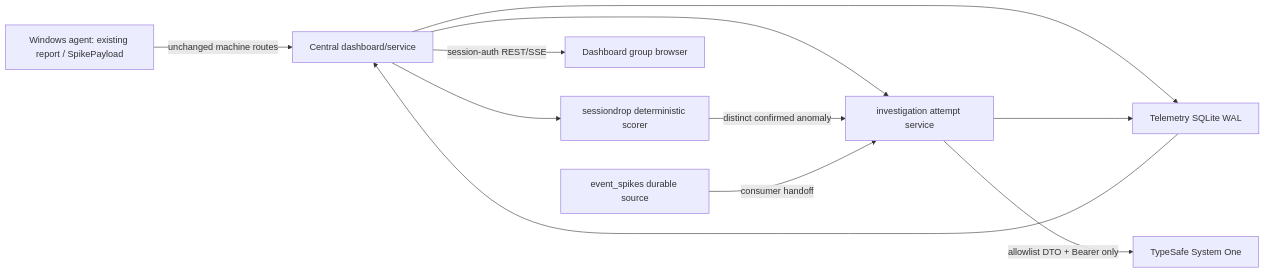
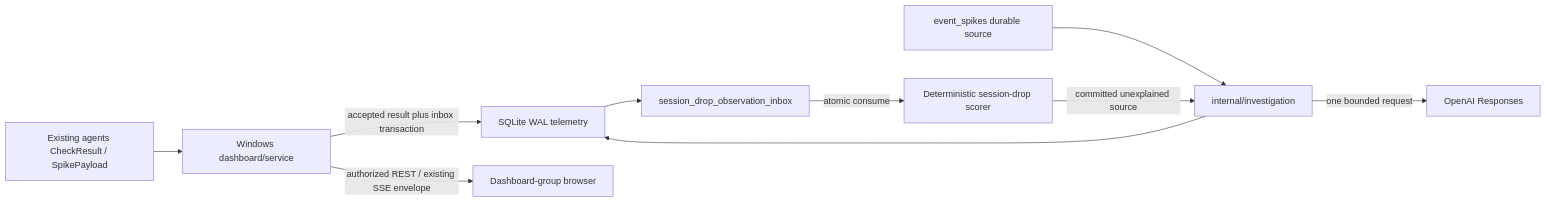
The diagram in specs/013-ai-anomaly-investigation/plan.md (LISSConsulting/LISSTech.DrainCtl), drawn with Mermaid before and after one commit. The commit also changed other lines of this file and 9 other files, not shown here.

Commit message:
docs(spec): pivot anomaly investigation to OpenAI

````diff
--- a/specs/013-ai-anomaly-investigation/plan.md
+++ b/specs/013-ai-anomaly-investigation/plan.md
@@ -50,13 +36,12 @@
 ```mermaid
 flowchart LR
-  A[Windows agent: existing report / SpikePayload] -->|unchanged machine routes| D[Central dashboard/service]
-  D --> T[Telemetry SQLite WAL]
-  D --> S[sessiondrop deterministic scorer]
-  D --> I[investigation attempt service]
-  S -->|distinct confirmed anomaly| I
-  E[event_spikes durable source] -->|consumer handoff| I
-  I -->|allowlist DTO + Bearer only| P[TypeSafe System One]
+  A[Existing agents CheckResult / SpikePayload] --> D[Windows dashboard/service]
+  D -->|accepted result plus inbox transaction| T[SQLite WAL telemetry]
+  T --> Q[session_drop_observation_inbox]
+  Q -->|atomic consume| S[Deterministic session-drop scorer]
+  E[event_spikes durable source] --> I[internal/investigation]
+  S -->|committed unexplained source| I
+  I -->|one bounded request| O[OpenAI Responses]
   I --> T
-  T --> D
-  D -->|session-auth REST/SSE| U[Dashboard group browser]
+  D -->|authorized REST / existing SSE envelope| U[Dashboard-group browser]
 ```
````
